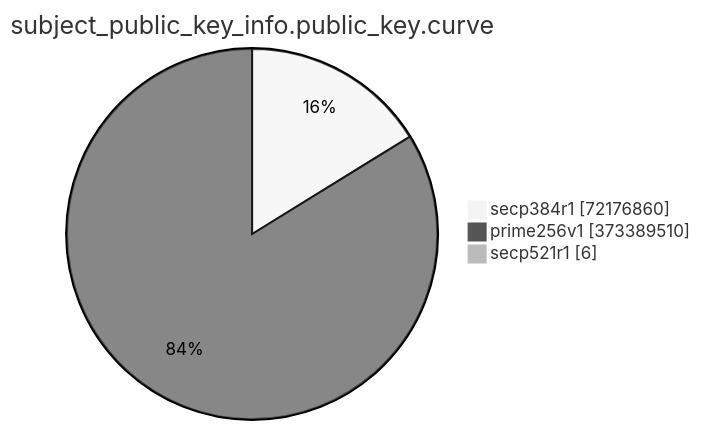
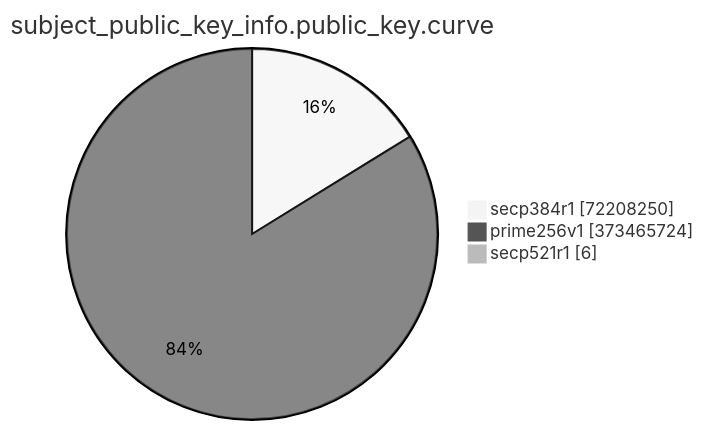
The eighth of 15 diagrams in TOTAL/README.md (christiankrug/ctmonitor_visualization), drawn with Mermaid (neutral theme) before and after one commit. The commit also changed other lines of this file, not shown here.

````diff
--- a/TOTAL/README.md
+++ b/TOTAL/README.md
@@ -3094,7 +3094,7 @@
 ```mermaid
 pie showData
 title subject_public_key_info.public_key.curve
-"secp384r1" :72176860
-"prime256v1" :373389510
+"secp384r1" :72208250
+"prime256v1" :373465724
 "secp521r1" :6
 ```
````
